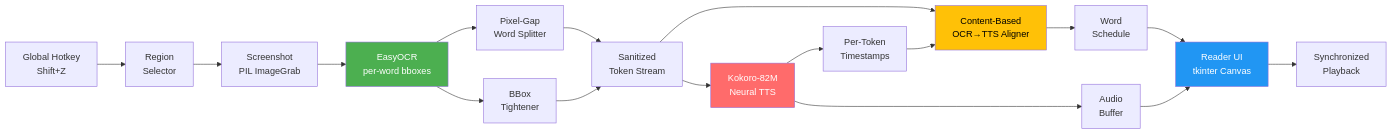
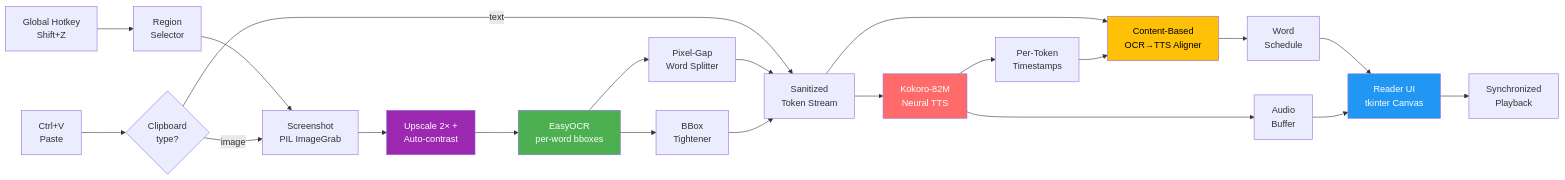
Before and after one commit to Shay-Ostrovsky/SelectAndRead: the diagram in README.md, drawn with Mermaid. The commit also changed other lines of this file, not shown here.

````diff
--- a/README.md
+++ b/README.md
@@ -93,22 +112,27 @@
 ```mermaid
 flowchart LR
-    A[Global Hotkey<br/>Shift+Z] --> B[Region<br/>Selector]
+    A1[Global Hotkey<br/>Shift+Z] --> B[Region<br/>Selector]
+    A2[Ctrl+V<br/>Paste] --> P{Clipboard<br/>type?}
     B --> C[Screenshot<br/>PIL ImageGrab]
-    C --> D[EasyOCR<br/>per-word bboxes]
+    P -- image --> C
+    P -- text --> F
+    C --> PRE[Upscale 2× +<br/>Auto-contrast]
+    PRE --> D[EasyOCR<br/>per-word bboxes]
     D --> E1[Pixel-Gap<br/>Word Splitter]
     D --> E2[BBox<br/>Tightener]
     E1 & E2 --> F[Sanitized<br/>Token Stream]
     F --> G[Kokoro-82M<br/>Neural TTS]
     G --> H[Per-Token<br/>Timestamps]
     F --> I[Content-Based<br/>OCR→TTS Aligner]
     H --> I
     I --> J[Word<br/>Schedule]
     G --> K[Audio<br/>Buffer]
     J & K --> L[Reader UI<br/>tkinter Canvas]
     L --> M[Synchronized<br/>Playback]
 
     style G fill:#FF6B6B,color:#fff
     style D fill:#4CAF50,color:#fff
     style I fill:#FFC107,color:#000
     style L fill:#2196F3,color:#fff
+    style PRE fill:#9C27B0,color:#fff
 ```
````
